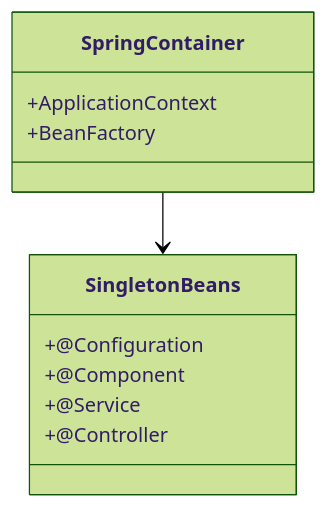
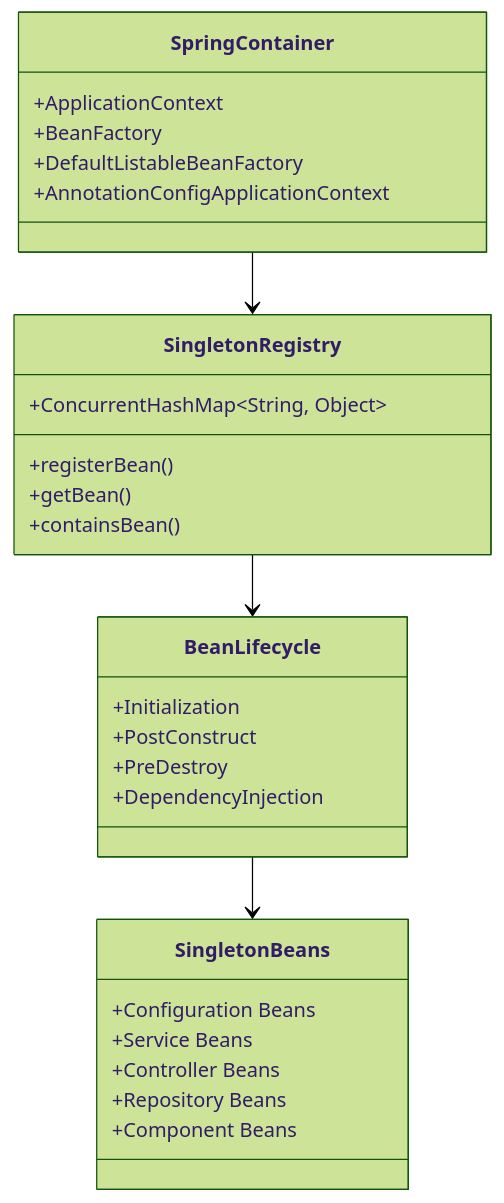
The fourth of 16 diagrams in README.md (Vinskao/ty-multiverse-backend), drawn with Mermaid (forest theme) before and after one commit. The commit also changed other lines of this file, not shown here.

Commit message:
info: update graph

````diff
--- a/README.md
+++ b/README.md
@@ -167,16 +252,35 @@
 ```mermaid
 classDiagram
     class SpringContainer {
         +ApplicationContext
         +BeanFactory
+        +DefaultListableBeanFactory
+        +AnnotationConfigApplicationContext
+    }
+    
+    class SingletonRegistry {
+        +ConcurrentHashMap~String, Object~
+        +registerBean()
+        +getBean()
+        +containsBean()
+    }
+    
+    class BeanLifecycle {
+        +Initialization
+        +PostConstruct
+        +PreDestroy
+        +DependencyInjection
     }
     
     class SingletonBeans {
-        +@Configuration
-        +@Component
-        +@Service
-        +@Controller
+        +Configuration Beans
+        +Service Beans
+        +Controller Beans
+        +Repository Beans
+        +Component Beans
     }
     
-    SpringContainer --> SingletonBeans
+    SpringContainer --> SingletonRegistry
+    SingletonRegistry --> BeanLifecycle
+    BeanLifecycle --> SingletonBeans
 ```
````
